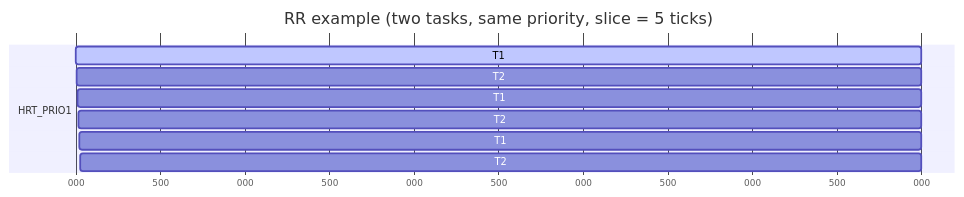
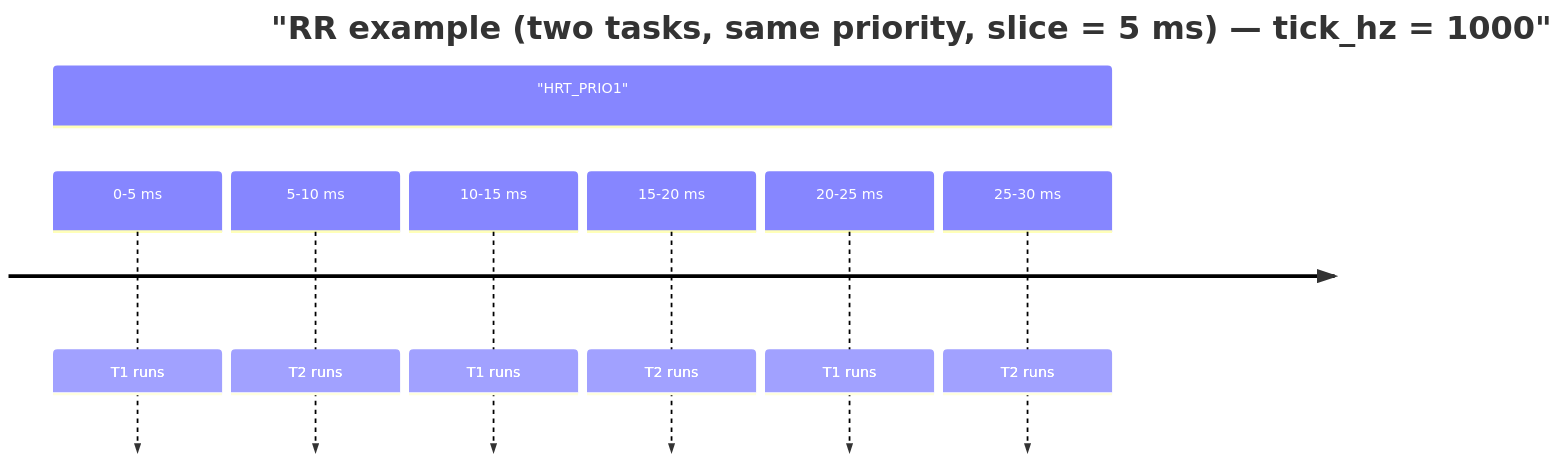
Before and after one commit to ExoSpaceLabs/hardrt: the first of 2 diagrams in docs/EXAMPLES_C.md, drawn with Mermaid. The commit also changed other lines of this file and 1 other file, not shown here.

Commit message:
fix(heartos): change mermaid gantt charts to timeline.

````diff
--- a/docs/EXAMPLES_C.md
+++ b/docs/EXAMPLES_C.md
@@ -67,14 +67,11 @@
 ```mermaid
-gantt
-  title RR example (two tasks, same priority, slice = 5 ticks)
-  dateFormat  X
-  axisFormat  %L
-
-  section HRT_PRIO1
-  T1 :active, 0, 5
-  T2 : 5, 5
-  T1 : 10, 5
-  T2 : 15, 5
-  T1 : 20, 5
-  T2 : 25, 5
+timeline
+  title "RR example (two tasks, same priority, slice = 5 ms) — tick_hz = 1000"
+  section "HRT_PRIO1"
+  0-5 ms: T1 runs
+  5-10 ms: T2 runs
+  10-15 ms: T1 runs
+  15-20 ms: T2 runs
+  20-25 ms: T1 runs
+  25-30 ms: T2 runs
 ```
````
